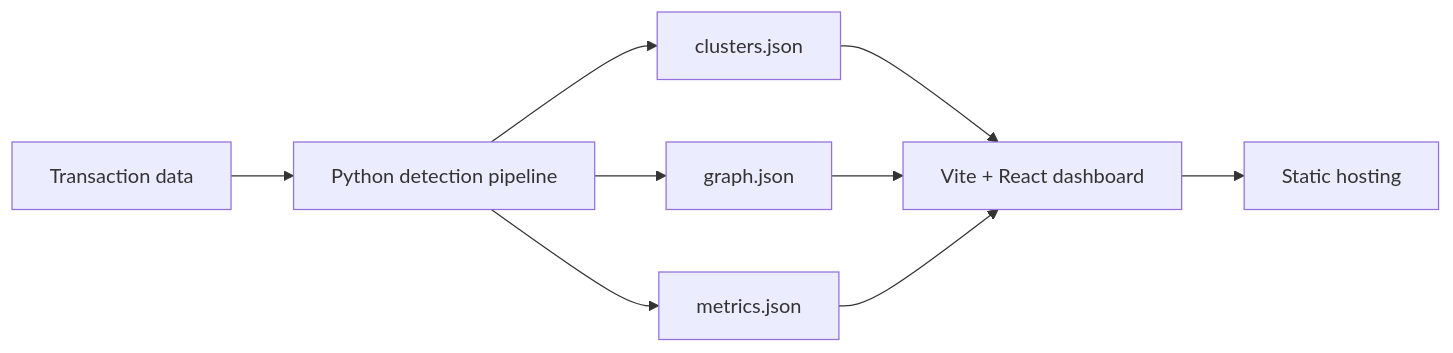
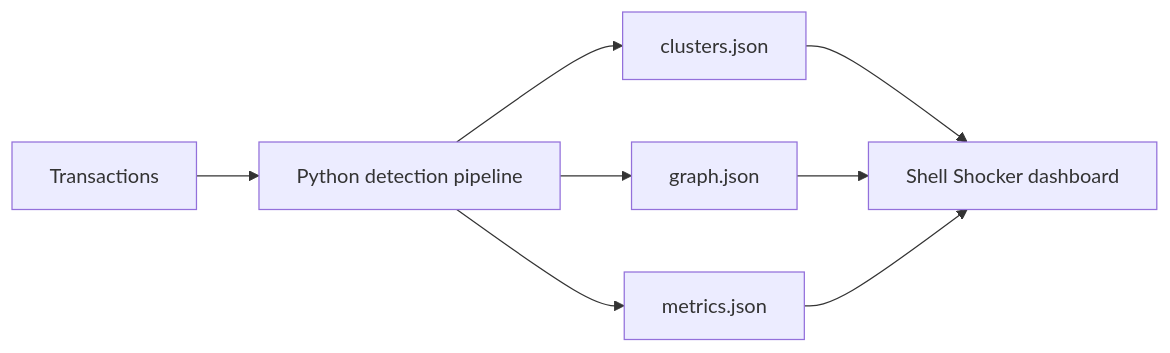
The diagram in README.md (dakshagarwal008/Shell-shock), drawn with Mermaid before and after one commit. The commit also changed other lines of this file and 7 other files, not shown here.

Commit message:
Rebrand app as Shell Shocker and update README

````diff
--- a/README.md
+++ b/README.md
@@ -9,11 +30,10 @@
 ```mermaid
 flowchart LR
-  A[Transaction data] --> B[Python detection pipeline]
+  A[Transactions] --> B[Python detection pipeline]
   B --> C[clusters.json]
   B --> D[graph.json]
   B --> E[metrics.json]
-  C --> F[Vite + React dashboard]
+  C --> F[Shell Shocker dashboard]
   D --> F
   E --> F
-  F --> G[Static hosting]
 ```
````
